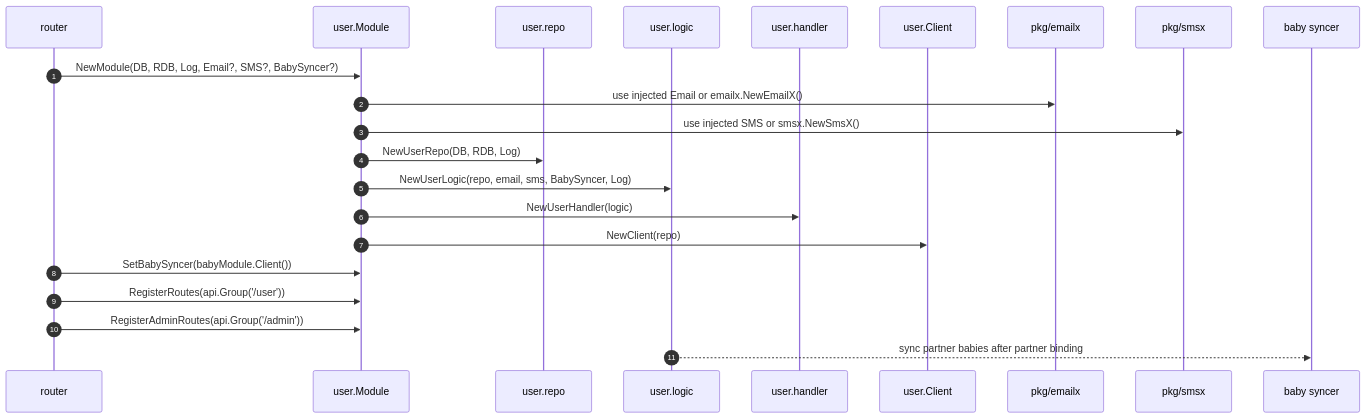
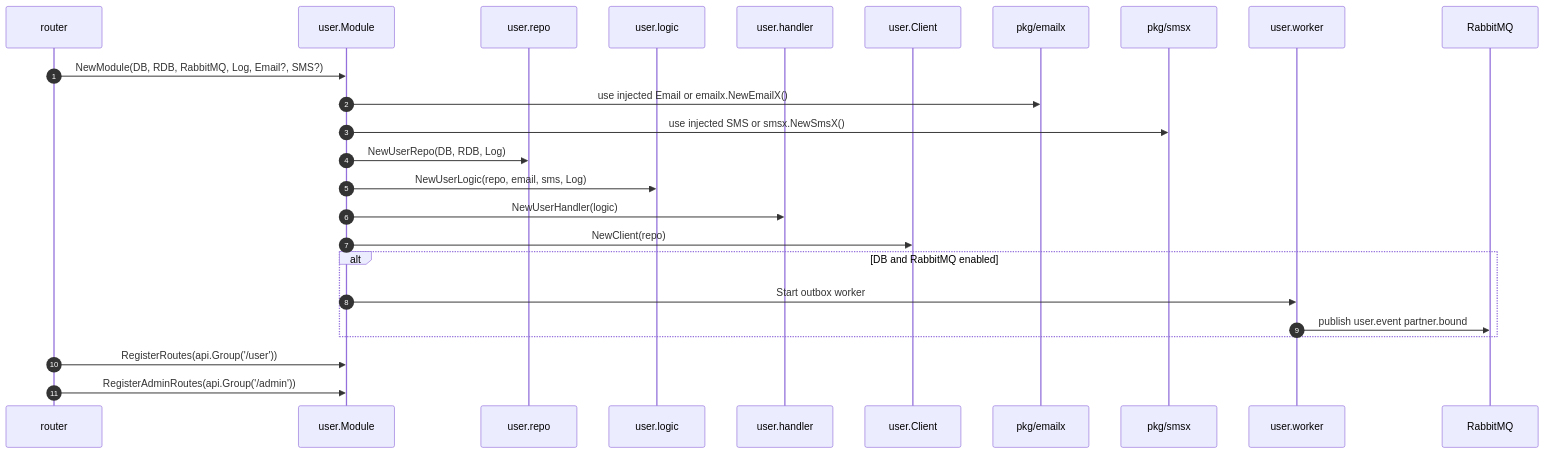
Before and after one commit to Goblin-Master/nurture: the first of 5 diagrams in internal/user/doc/README.md, drawn with Mermaid. The commit also changed other lines of this file and 10 other files, not shown here.

Commit message:
refactor: remove direct baby sync from user binding

````diff
--- a/internal/user/doc/README.md
+++ b/internal/user/doc/README.md
@@ -7,25 +7,28 @@
 ```mermaid
 sequenceDiagram
   autonumber
   participant Router as router
   participant Module as user.Module
   participant Repo as user.repo
   participant Logic as user.logic
   participant Handler as user.handler
   participant UserClient as user.Client
   participant Email as pkg/emailx
   participant SMS as pkg/smsx
-  participant Baby as baby syncer
+  participant Worker as user.worker
+  participant MQ as RabbitMQ
 
-  Router->>Module: NewModule(DB, RDB, Log, Email?, SMS?, BabySyncer?)
+  Router->>Module: NewModule(DB, RDB, RabbitMQ, Log, Email?, SMS?)
   Module->>Email: use injected Email or emailx.NewEmailX()
   Module->>SMS: use injected SMS or smsx.NewSmsX()
   Module->>Repo: NewUserRepo(DB, RDB, Log)
-  Module->>Logic: NewUserLogic(repo, email, sms, BabySyncer, Log)
+  Module->>Logic: NewUserLogic(repo, email, sms, Log)
   Module->>Handler: NewUserHandler(logic)
   Module->>UserClient: NewClient(repo)
-  Router->>Module: SetBabySyncer(babyModule.Client())
+  alt DB and RabbitMQ enabled
+    Module->>Worker: Start outbox worker
+    Worker->>MQ: publish user.event partner.bound
+  end
   Router->>Module: RegisterRoutes(api.Group('/user'))
   Router->>Module: RegisterAdminRoutes(api.Group('/admin'))
-  Logic-->>Baby: sync partner babies after partner binding
 ```
````
